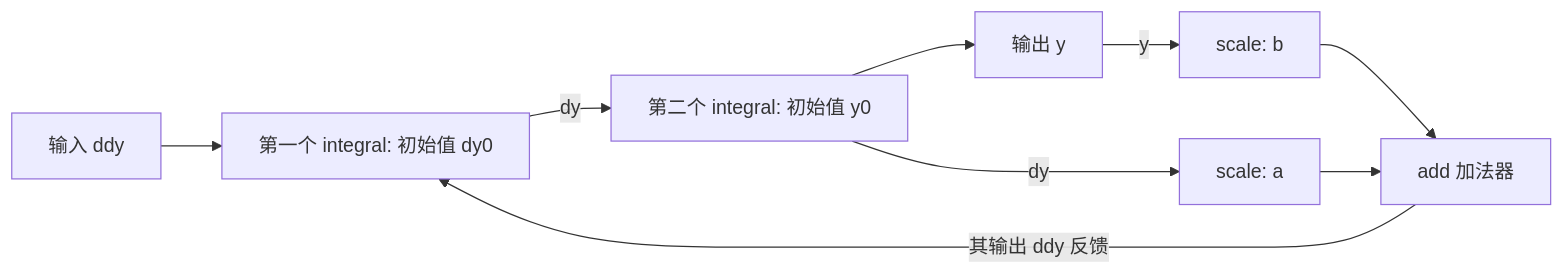
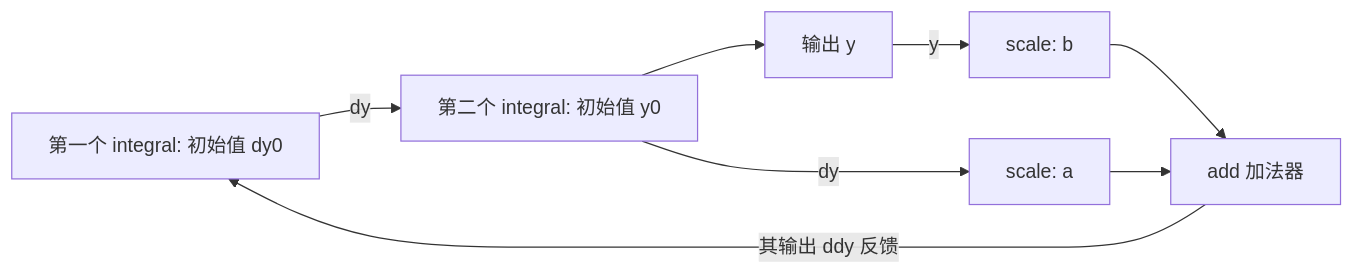
Diagram 33 of 36 in books/structure-and-interpretation-of-computer-programs/03-第3章-模块化对象和状态.md (xiehanff/trans-books-city), drawn with Mermaid before and after one commit. The commit also changed other lines of this file and 80 other files, not shown here.

````diff
--- a/books/structure-and-interpretation-of-computer-programs/03-第3章-模块化对象和状态.md
+++ b/books/structure-and-interpretation-of-computer-programs/03-第3章-模块化对象和状态.md
@@ -4164,11 +4174,11 @@
 ```mermaid
 flowchart LR
-    DDY["输入 ddy"] --> I1["第一个 integral: 初始值 dy0"]
+    I1["第一个 integral: 初始值 dy0"]
     I1 -->|"dy"| I2["第二个 integral: 初始值 y0"]
     I2 --> OUT["输出 y"]
     OUT -->|"y"| SB["scale: b"]
     I2 -->|"dy"| SA["scale: a"]
     SB --> ADD["add 加法器"]
     SA --> ADD
     ADD -->|"其输出 ddy 反馈"| I1
 ```
````
